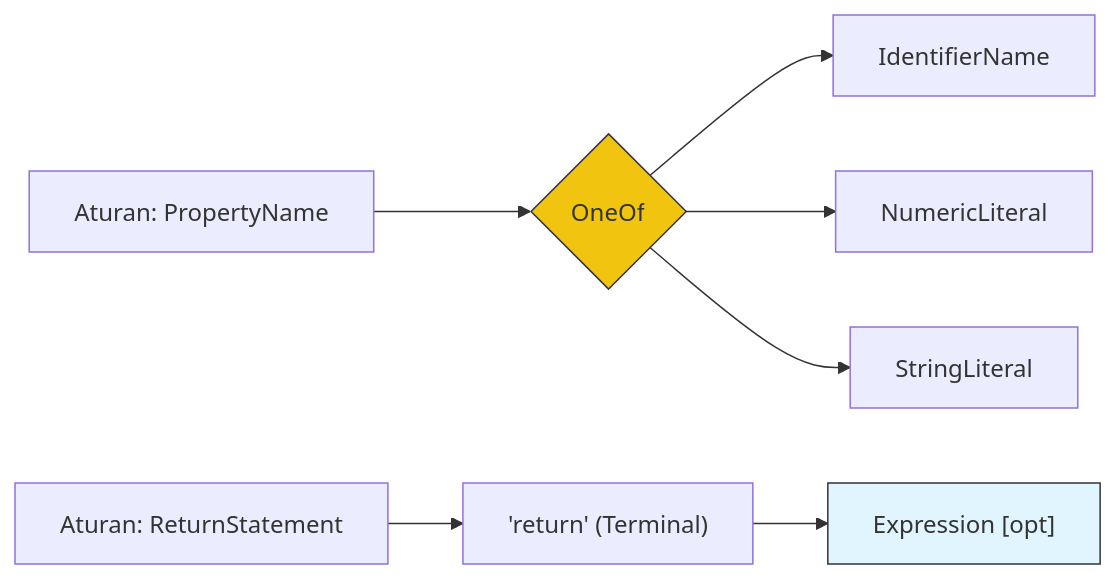
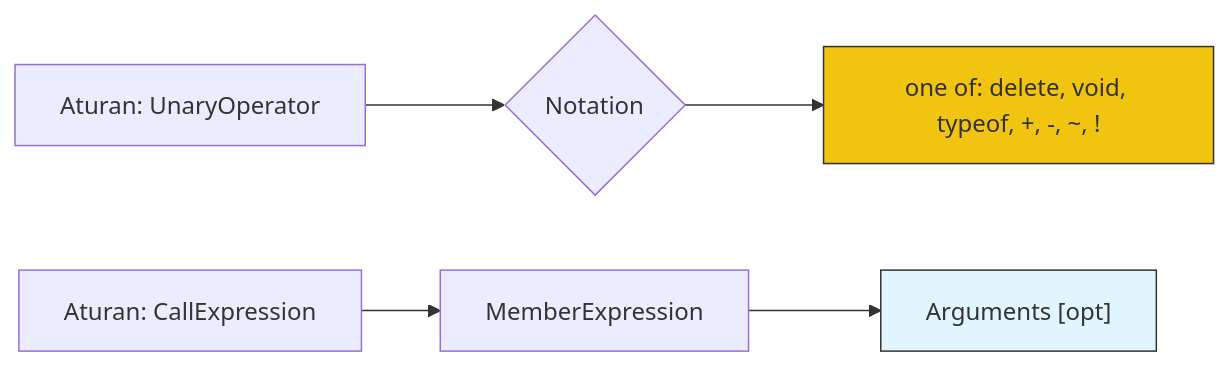
One commit to syahputrawork98-sketch/JavaScript-Learning-Hub changed the diagram in RAK-04-core-specification/SR-01-spec-algorithm-conventions/BK-02_GrammarNotationSystem/CH-02_GrammarShortcuts/README.md. Above: the diagram before and after it, drawn with Mermaid. The commit also changed other lines of this file and 12 other files, not shown here.

````diff
--- a/RAK-04-core-specification/SR-01-spec-algorithm-conventions/BK-02_GrammarNotationSystem/CH-02_GrammarShortcuts/README.md
+++ b/RAK-04-core-specification/SR-01-spec-algorithm-conventions/BK-02_GrammarNotationSystem/CH-02_GrammarShortcuts/README.md
@@ -24,13 +23,11 @@
 ```mermaid
 graph LR
-    Start[Aturan: PropertyName] --> Choice{OneOf}
-    Choice --> ID[IdentifierName]
-    Choice --> Num[NumericLiteral]
-    Choice --> Str[StringLiteral]
+    Prod[Aturan: UnaryOperator] --> Type{Notation}
+    Type --> OneOf["one of: delete, void, typeof, +, -, ~, !"]
     
-    Start2[Aturan: ReturnStatement] --> Ret["'return' (Terminal)"]
-    Ret --> OptExp["Expression [opt]"]
+    Prod2[Aturan: CallExpression] --> Base[MemberExpression]
+    Base --> OptArgs["Arguments [opt]"]
     
-    style Choice fill:#f1c40f,stroke:#333
-    style OptExp fill:#e1f5fe,stroke:#333
+    style OneOf fill:#f1c40f,stroke:#333
+    style OptArgs fill:#e1f5fe,stroke:#333
 ```
````
